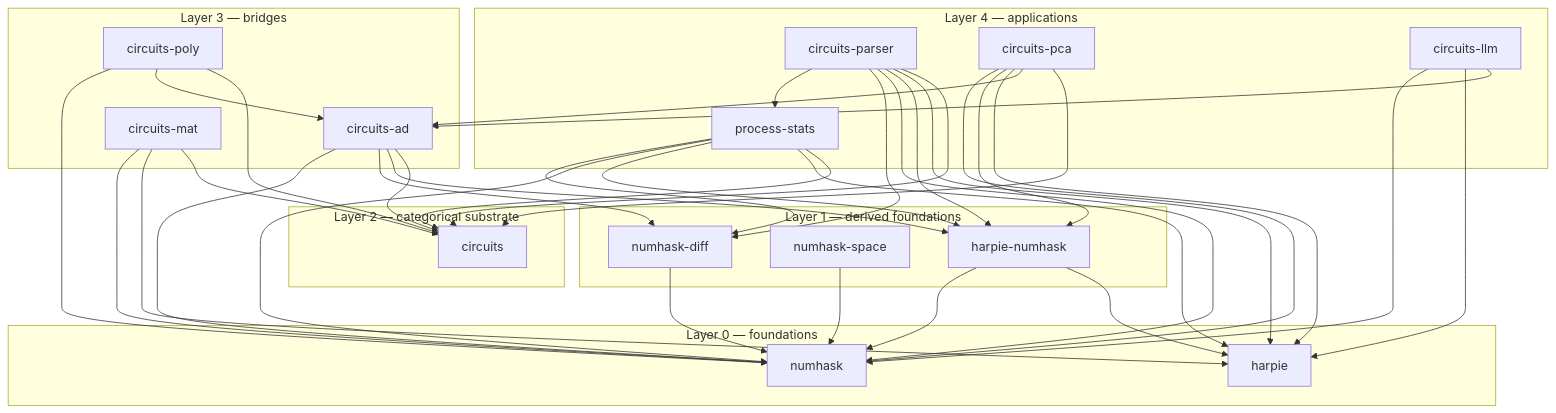
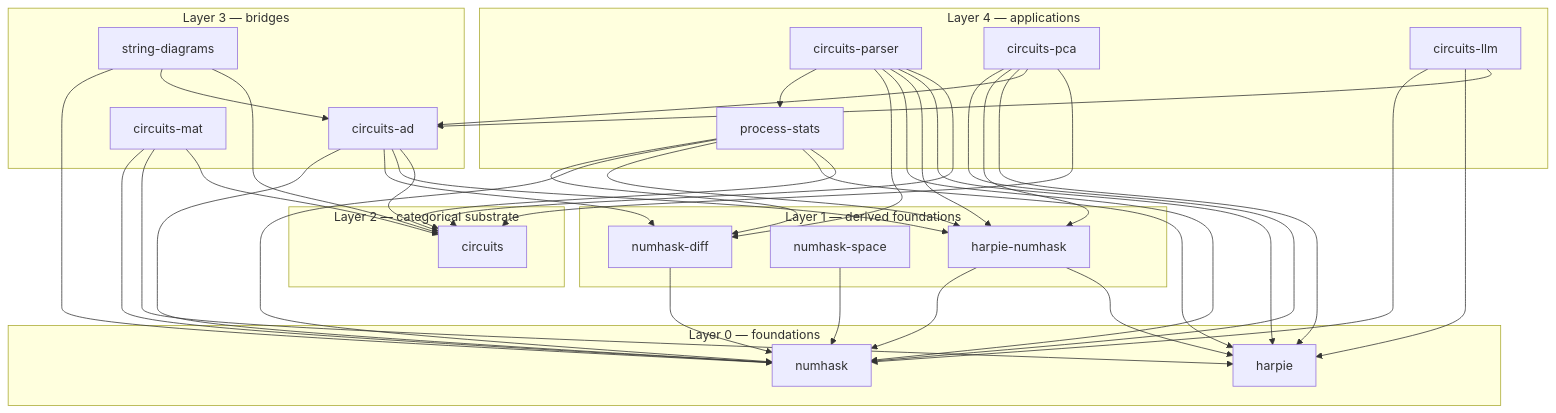
Before and after one commit to tonyday567/circuits-substrate: the diagram in readme.md, drawn with Mermaid. The commit also changed other lines of this file and 3 other files, not shown here.

Commit message:
chore: depend on string-diagrams instead of circuits-poly

````diff
--- a/readme.md
+++ b/readme.md
@@ -36,71 +36,71 @@
 ```mermaid
 graph TD
     subgraph "Layer 0 — foundations"
         NH["numhask"]
         H["harpie"]
     end
 
     subgraph "Layer 1 — derived foundations"
         NHD["numhask-diff"]
         NHS["numhask-space"]
         HN["harpie-numhask"]
     end
 
     subgraph "Layer 2 — categorical substrate"
         C["circuits"]
     end
 
     subgraph "Layer 3 — bridges"
         CAD["circuits-ad"]
         CM["circuits-mat"]
-        CP["circuits-poly"]
+        SD["string-diagrams"]
     end
 
     subgraph "Layer 4 — applications"
         PS["process-stats"]
         CPAR["circuits-parser"]
         CPA["circuits-pca"]
         CLLM["circuits-llm"]
     end
 
     NHD --> NH
     NHS --> NH
     HN --> H
     HN --> NH
 
     CM --> C
     CM --> H
     CM --> NH
 
     CAD --> C
     CAD --> HN
     CAD --> NHD
     CAD --> NH
 
-    CP --> C
-    CP --> CAD
-    CP --> NH
+    SD --> C
+    SD --> CAD
+    SD --> NH
 
     PS --> C
     PS --> H
     PS --> HN
     PS --> NH
     PS --> NHD
 
     CPAR --> C
     CPAR --> H
     CPAR --> HN
     CPAR --> NH
     CPAR --> NHD
     CPAR --> PS
 
     CPA --> C
     CPA --> CAD
     CPA --> H
     CPA --> HN
     CPA --> NH
 
     CLLM --> CAD
     CLLM --> H
     CLLM --> NH
 ```
````
